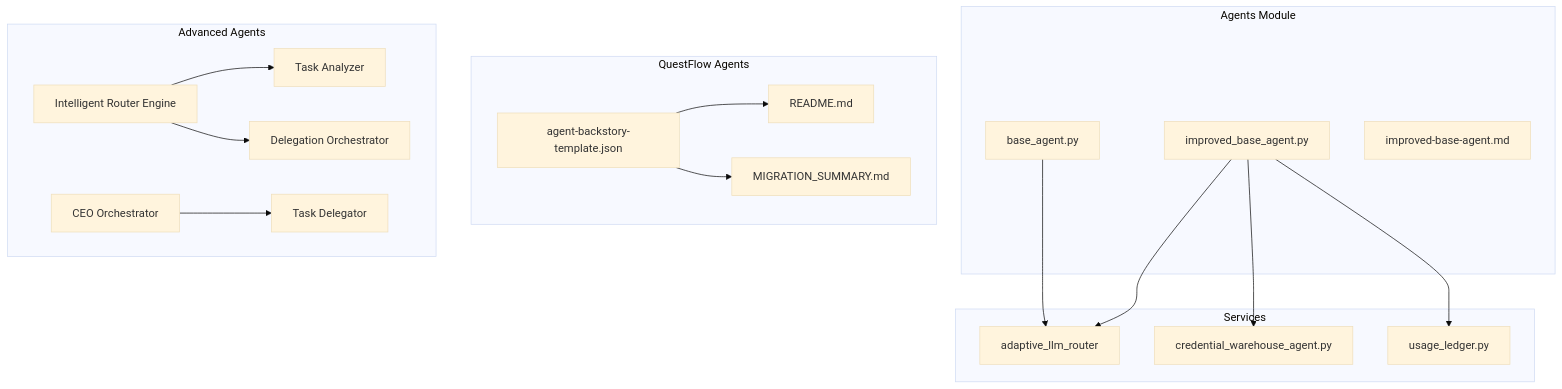
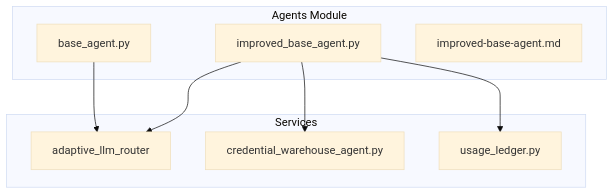
The first of 7 diagrams in .qoder/repowiki/en/content/Agent Ecosystem/Base Agent Implementation.md (371-Minds/os), drawn with Mermaid (base theme) before and after one commit. The commit also changed other lines of this file and 8 other files, not shown here.

````diff
--- a/.qoder/repowiki/en/content/Agent Ecosystem/Base Agent Implementation.md
+++ b/.qoder/repowiki/en/content/Agent Ecosystem/Base Agent Implementation.md
@@ -61,34 +46,17 @@
 ```mermaid
 graph TD
 subgraph "Agents Module"
 BA[base_agent.py]
 IBA[improved_base_agent.py]
 MD[improved-base-agent.md]
 end
 subgraph "Services"
 ALR[adaptive_llm_router]
 CW[credential_warehouse_agent.py]
 UL[usage_ledger.py]
 end
-subgraph "QuestFlow Agents"
-CT[agent-backstory-template.json]
-RM[README.md]
-MS[MIGRATION_SUMMARY.md]
-end
-subgraph "Advanced Agents"
-IRE[Intelligent Router Engine]
-TA[Task Analyzer]
-DS[Delegation Orchestrator]
-CO[CEO Orchestrator]
-DL[Task Delegator]
-end
 BA --> ALR
 IBA --> ALR
 IBA --> CW
 IBA --> UL
-CT --> RM
-CT --> MS
-IRE --> TA
-IRE --> DS
-CO --> DL
 ```
````
